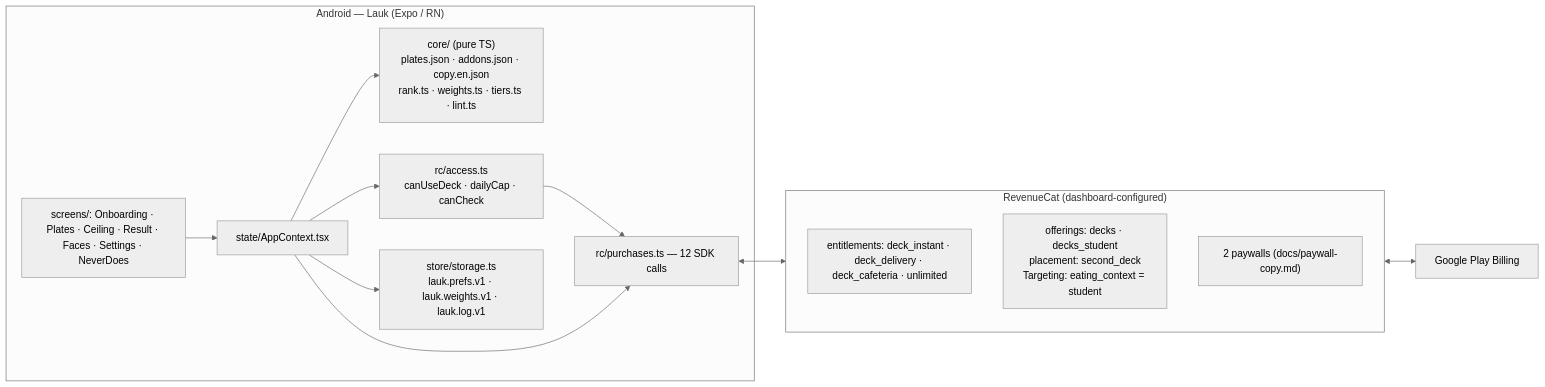
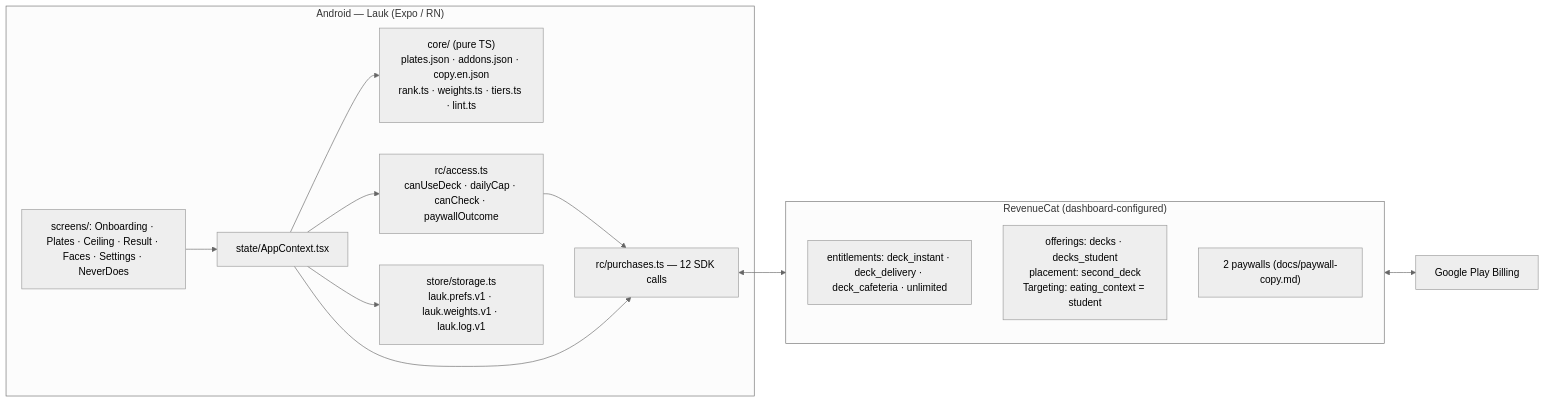
One commit to edycutjong/lauk changed the diagram in ARCHITECTURE.md. Above: the diagram before and after it, drawn with Mermaid (neutral theme). The commit also changed other lines of this file and 4 other files, not shown here.

````diff
--- a/ARCHITECTURE.md
+++ b/ARCHITECTURE.md
@@ -22,22 +22,22 @@
 ```mermaid
 flowchart LR
   subgraph Device["Android — Lauk (Expo / RN)"]
     UI["screens/: Onboarding · Plates · Ceiling · Result · Faces · Settings · NeverDoes"]
     CORE["core/ (pure TS)\nplates.json · addons.json · copy.en.json\nrank.ts · weights.ts · tiers.ts · lint.ts"]
-    ACCESS["rc/access.ts\ncanUseDeck · dailyCap · canCheck"]
+    ACCESS["rc/access.ts\ncanUseDeck · dailyCap · canCheck · paywallOutcome"]
     RC["rc/purchases.ts — 12 SDK calls"]
     STORE["store/storage.ts\nlauk.prefs.v1 · lauk.weights.v1 · lauk.log.v1"]
     CTX["state/AppContext.tsx"]
     UI --> CTX --> CORE
     CTX --> ACCESS --> RC
     CTX --> RC
     CTX --> STORE
   end
   subgraph Cloud["RevenueCat (dashboard-configured)"]
     ENT["entitlements: deck_instant · deck_delivery · deck_cafeteria · unlimited"]
     OFF["offerings: decks · decks_student\nplacement: second_deck\nTargeting: eating_context = student"]
     PW["2 paywalls (docs/paywall-copy.md)"]
   end
   RC <--> Cloud
   Cloud <--> Play["Google Play Billing"]
 ```
````
